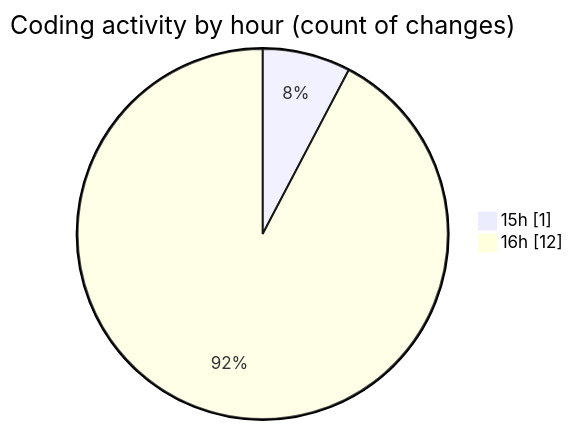
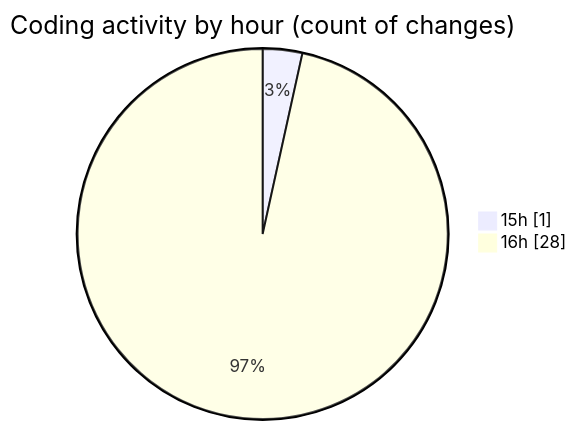
One commit to nxtqubesakshisongat/code-tracking changed the second of 2 diagrams in 2026-11-18/nashik-misal-queue/README.md. Above: the diagram before and after it, drawn with Mermaid. The commit also changed other lines of this file and 1 other file, not shown here.

````diff
--- a/2026-11-18/nashik-misal-queue/README.md
+++ b/2026-11-18/nashik-misal-queue/README.md
@@ -33,6 +37,6 @@
 ```mermaid
 pie showData
 title Coding activity by hour (count of changes)
 "15h" : 1
-"16h" : 12
+"16h" : 28
 ```
````
